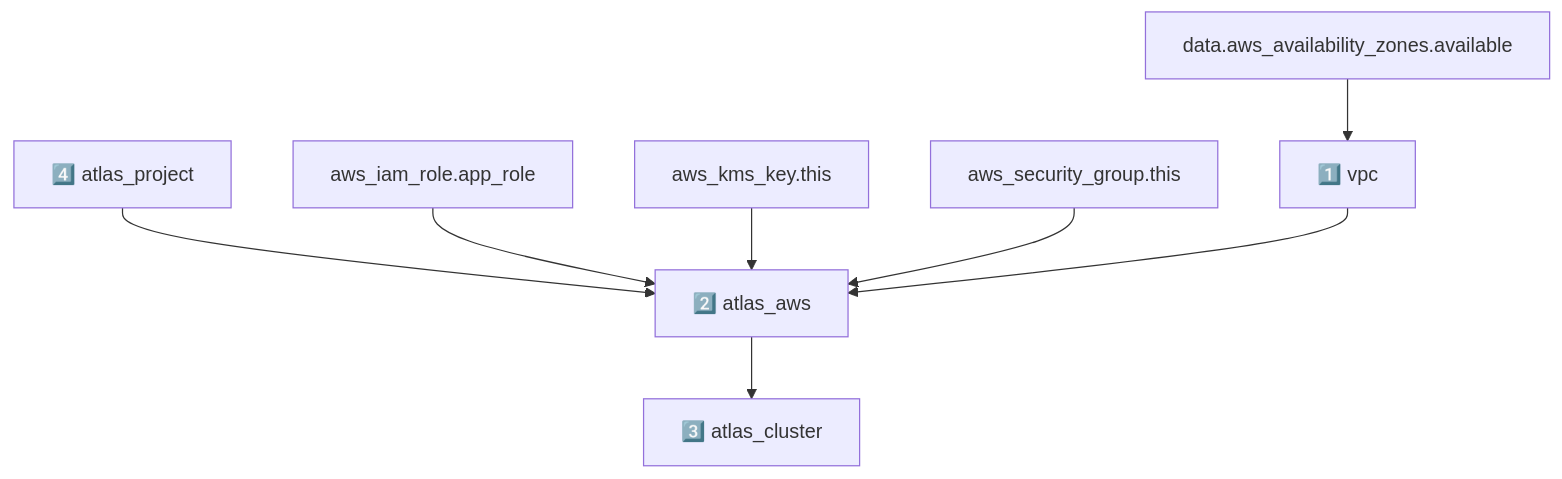
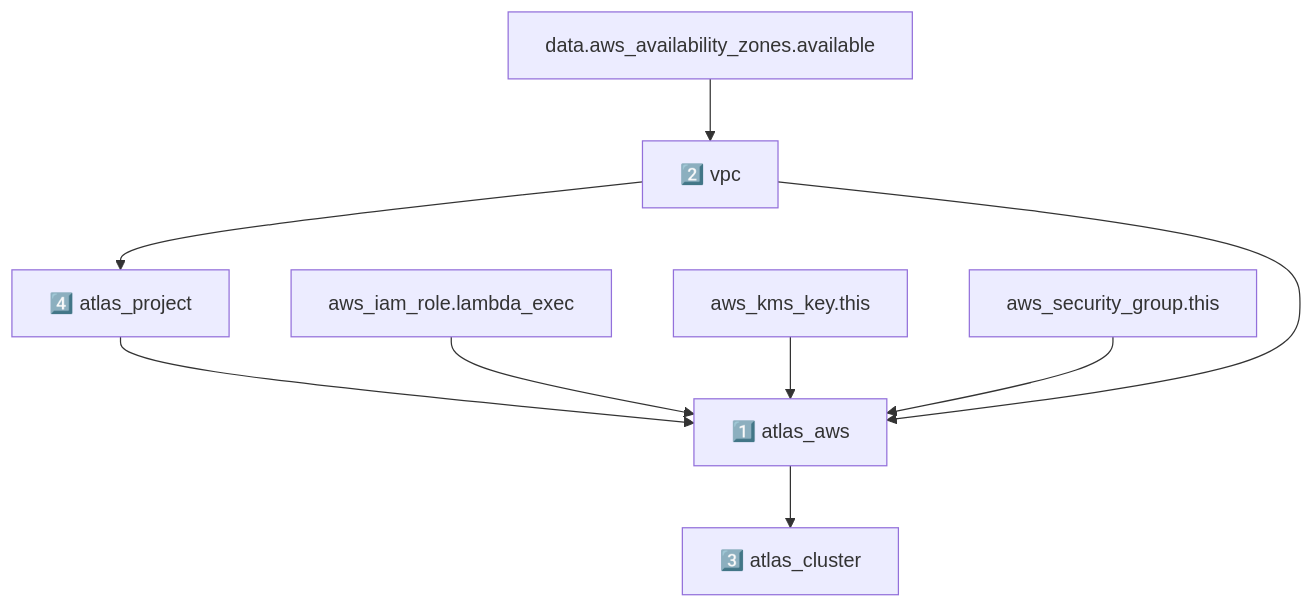
The diagram in examples/golden/01_aws_app/prod/README.md (EspenAlbert/tf-modules-atlas-wip), drawn with Mermaid before and after one commit. The commit also changed other lines of this file, not shown here.

````diff
--- a/examples/golden/01_aws_app/prod/README.md
+++ b/examples/golden/01_aws_app/prod/README.md
@@ -74,18 +75,19 @@
 ```mermaid
 graph TD
-    atlas_aws["2️⃣ atlas_aws"]
+    atlas_aws["1️⃣ atlas_aws"]
     atlas_cluster["3️⃣ atlas_cluster"]
     atlas_project["4️⃣ atlas_project"]
-    aws_iam_role.app_role["aws_iam_role.app_role"]
+    aws_iam_role.lambda_exec["aws_iam_role.lambda_exec"]
     aws_kms_key.this["aws_kms_key.this"]
     aws_security_group.this["aws_security_group.this"]
     data.aws_availability_zones.available["data.aws_availability_zones.available"]
-    vpc["1️⃣ vpc"]
+    vpc["2️⃣ vpc"]
     atlas_aws --> atlas_cluster
     atlas_project --> atlas_aws
-    aws_iam_role.app_role --> atlas_aws
+    aws_iam_role.lambda_exec --> atlas_aws
     aws_kms_key.this --> atlas_aws
     aws_security_group.this --> atlas_aws
     data.aws_availability_zones.available --> vpc
     vpc --> atlas_aws
+    vpc --> atlas_project
 ```
````
